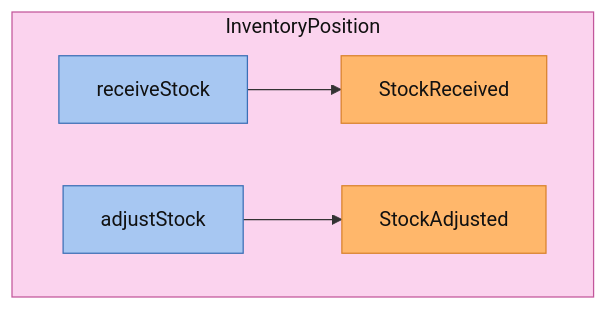
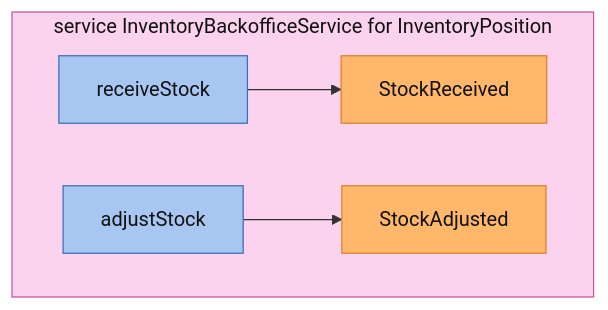
The third of 8 diagrams in dsl-docs/src/commonTest/resources/snapshots/arcadia-modulith/modules/catalog-inventory.md (ZenWave360/dsl-kotlin), drawn with Mermaid before and after one commit. The commit also changed other lines of this file and 14 other files, not shown here.

Commit message:
feat(views,docs): service box label as in the ZDL, @json field types, one domain events diagram per ZDL

````diff
--- a/dsl-docs/src/commonTest/resources/snapshots/arcadia-modulith/modules/catalog-inventory.md
+++ b/dsl-docs/src/commonTest/resources/snapshots/arcadia-modulith/modules/catalog-inventory.md
@@ -135,19 +133,19 @@
 ```mermaid
 flowchart LR
   classDef command fill:#a7c7f2,stroke:#3b6fb6,color:#111
   classDef event fill:#ffb76b,stroke:#d9822b,color:#111
-  subgraph agg_InventoryPosition["InventoryPosition"]
+  subgraph agg_InventoryBackofficeService["service InventoryBackofficeService for InventoryPosition"]
     direction LR
     cmd_receiveStock["receiveStock"]
     cmd_adjustStock["adjustStock"]
     evt_StockReceived["StockReceived"]
     evt_StockAdjusted["StockAdjusted"]
   end
-  style agg_InventoryPosition fill:#fbd3ee,stroke:#c2569b,color:#111
+  style agg_InventoryBackofficeService fill:#fbd3ee,stroke:#c2569b,color:#111
   class cmd_receiveStock command
   class cmd_adjustStock command
   class evt_StockReceived event
   class evt_StockAdjusted event
   cmd_receiveStock --> evt_StockReceived
   cmd_adjustStock --> evt_StockAdjusted
 ```
````
